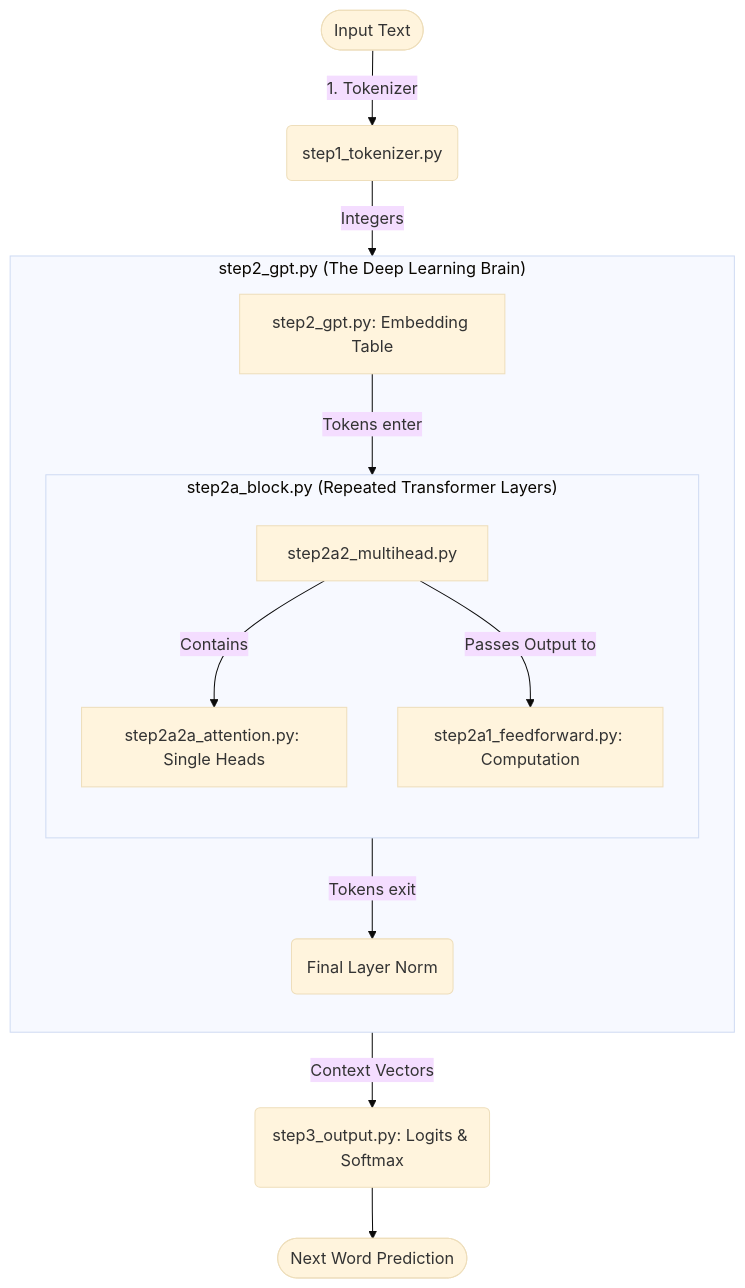
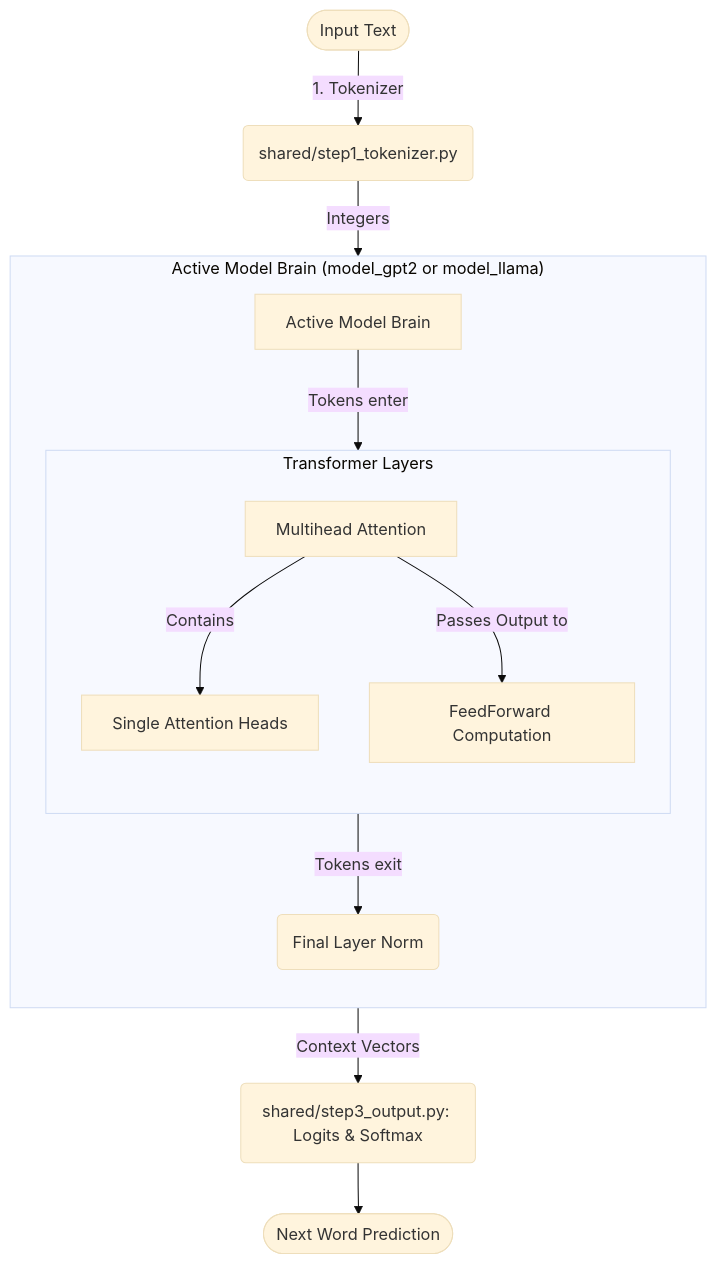
Before and after one commit to Rabbit-CollectiveScience/nano-gpt: the first of 3 diagrams in walkthrough.md, drawn with Mermaid (base theme). The commit also changed other lines of this file and 2 other files, not shown here.

Commit message:
create llama model

````diff
--- a/walkthrough.md
+++ b/walkthrough.md
@@ -9,28 +9,28 @@
 ```mermaid
 flowchart TD
     %% Base Data Processing
-    A([Input Text]) -->|1. Tokenizer| B(step1_tokenizer.py)
-    B -->|Integers| C[step2_gpt.py: Embedding Table]
+    A([Input Text]) -->|1. Tokenizer| B(shared/step1_tokenizer.py)
+    B -->|Integers| C[Active Model Brain]
     
     %% The hierarchical nesting of the models
-    subgraph "step2_gpt.py (The Deep Learning Brain)"
+    subgraph "Active Model Brain (model_gpt2 or model_llama)"
         direction TB
         
-        subgraph "step2a_block.py (Repeated Transformer Layers)"
+        subgraph "Transformer Layers"
             direction TB
-            D[step2a2_multihead.py] 
-            E[step2a2a_attention.py: Single Heads]
-            F[step2a1_feedforward.py: Computation]
+            D[Multihead Attention] 
+            E[Single Attention Heads]
+            F[FeedForward Computation]
             
             D -->|Contains| E
             D -->|Passes Output to| F
         end
         
         C -->|Tokens enter| D
         F -->|Tokens exit| G(Final Layer Norm)
     end
     
     %% The Output
-    G -->|Context Vectors| H(step3_output.py: Logits & Softmax)
+    G -->|Context Vectors| H(shared/step3_output.py: Logits & Softmax)
     H --> I([Next Word Prediction])
 ```
````
